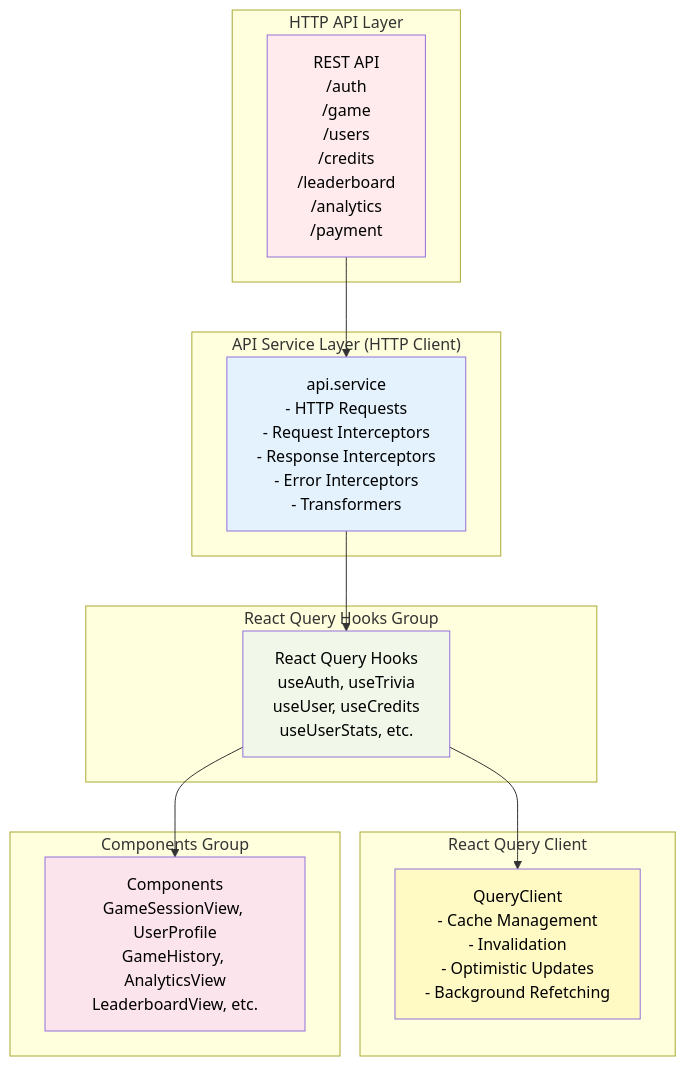
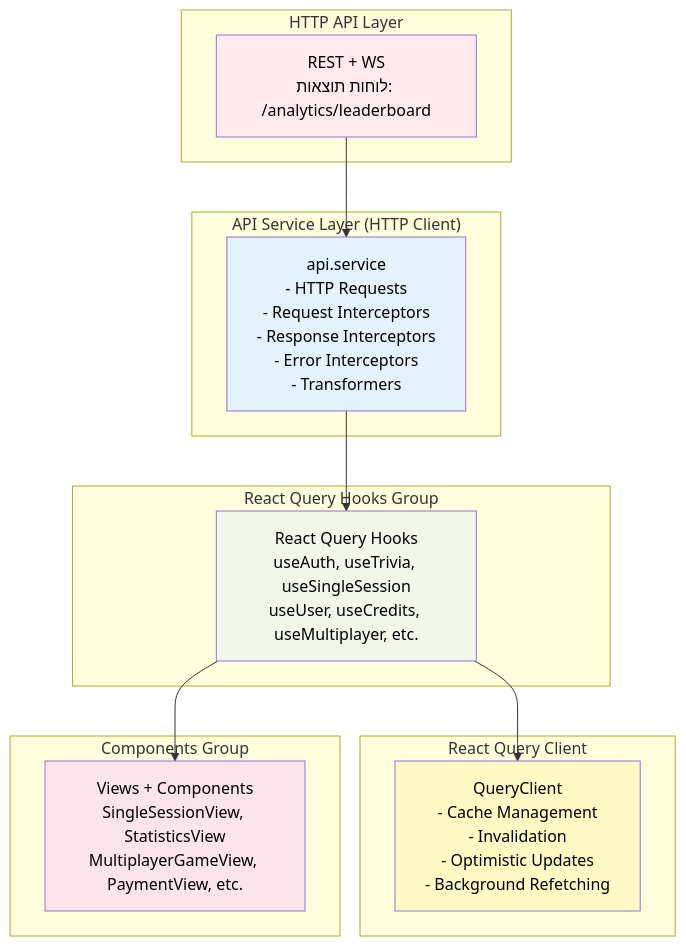
Diagram 29 of 31 in docs/DIAGRAMS.md (IsraelRub/EveryTriv), drawn with Mermaid before and after one commit. The commit also changed other lines of this file and 148 other files, not shown here.

First line of the commit message:
feat: email-gated profile, game text gate, session/multiplayer flows, Newman sync

````diff
--- a/docs/DIAGRAMS.md
+++ b/docs/DIAGRAMS.md
@@ -1760,33 +1748,33 @@
 ```mermaid
 graph TB
     subgraph "HTTP API Layer"
-        API[REST API<br/>/auth<br/>/game<br/>/users<br/>/credits<br/>/leaderboard<br/>/analytics<br/>/payment]
+        API[REST + WS<br/>לוחות תוצאות: /analytics/leaderboard]
     end
 
     subgraph "API Service Layer (HTTP Client)"
         AS[api.service<br/>- HTTP Requests<br/>- Request Interceptors<br/>- Response Interceptors<br/>- Error Interceptors<br/>- Transformers]
     end
 
     subgraph "React Query Client"
         QC[QueryClient<br/>- Cache Management<br/>- Invalidation<br/>- Optimistic Updates<br/>- Background Refetching]
     end
 
     subgraph "React Query Hooks Group"
-        RQ_ALL[React Query Hooks<br/>useAuth, useTrivia<br/>useUser, useCredits<br/>useUserStats, etc.]
+        RQ_ALL[React Query Hooks<br/>useAuth, useTrivia, useSingleSession<br/>useUser, useCredits, useMultiplayer, etc.]
     end
 
     subgraph "Components Group"
-        COMPS[Components<br/>GameSessionView, UserProfile<br/>GameHistory, AnalyticsView<br/>LeaderboardView, etc.]
+        COMPS[Views + Components<br/>SingleSessionView, StatisticsView<br/>MultiplayerGameView, PaymentView, etc.]
     end
 
     API --> AS
     AS --> RQ_ALL
     RQ_ALL --> QC
     RQ_ALL --> COMPS
 
     style API fill:#ffebee,color:#000000
     style AS fill:#e3f2fd,color:#000000
     style QC fill:#fff9c4,color:#000000
     style RQ_ALL fill:#f1f8e9,color:#000000
     style COMPS fill:#fce4ec,color:#000000
 ```
````
